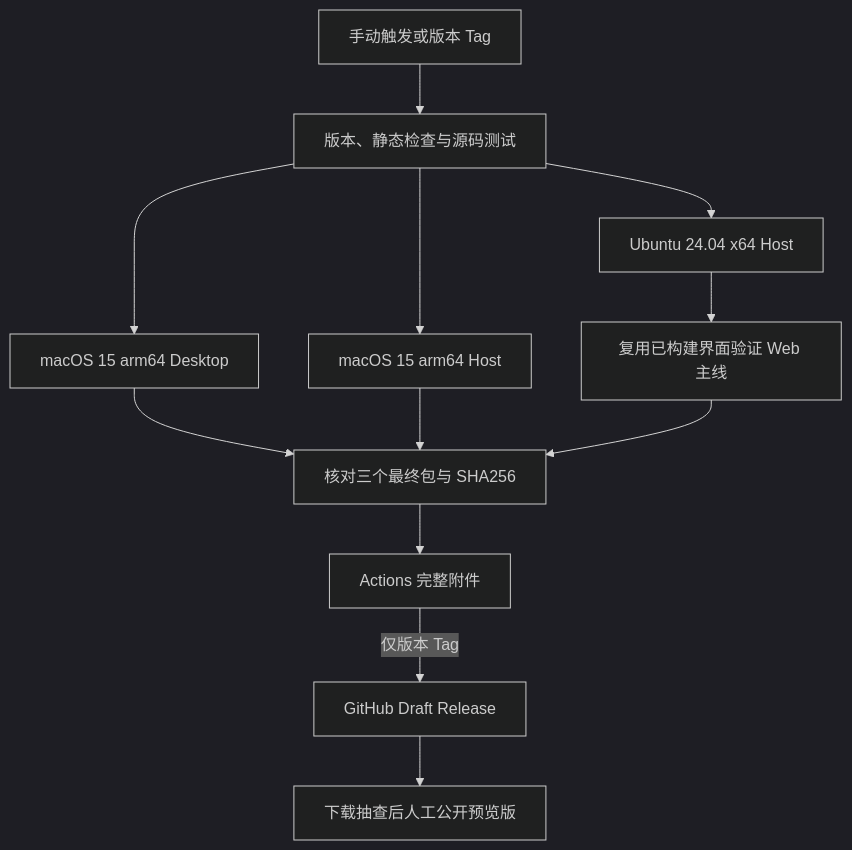
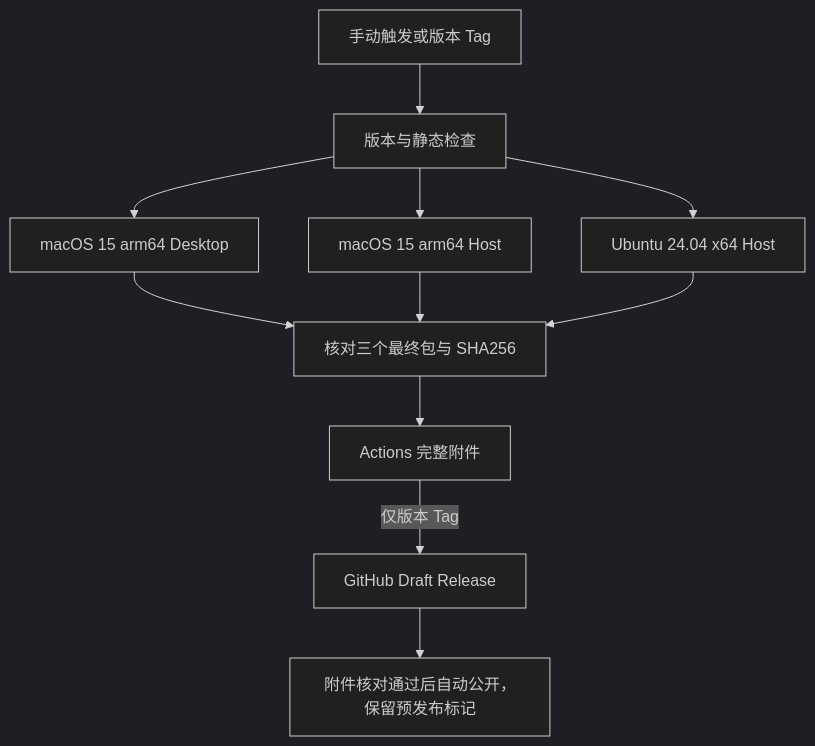
Before and after one commit to xidongdong-153/Pi-meme: the second of 2 diagrams in docs/releasing.md, drawn with Mermaid. The commit also changed other lines of this file and 8 other files, not shown here.

````diff
--- a/docs/releasing.md
+++ b/docs/releasing.md
@@ -162,15 +161,14 @@
 ```mermaid
 %%{init: {"theme": "dark"}}%%
 flowchart TD
-  Trigger["手动触发或版本 Tag"] --> Check["版本、静态检查与源码测试"]
+  Trigger["手动触发或版本 Tag"] --> Check["版本与静态检查"]
   Check --> Desktop["macOS 15 arm64 Desktop"]
   Check --> MacHost["macOS 15 arm64 Host"]
   Check --> LinuxHost["Ubuntu 24.04 x64 Host"]
   Desktop --> Assemble["核对三个最终包与 SHA256"]
   MacHost --> Assemble
-  LinuxHost --> Web["复用已构建界面验证 Web 主线"]
-  Web --> Assemble
+  LinuxHost --> Assemble
   Assemble --> Artifacts["Actions 完整附件"]
   Artifacts -->|"仅版本 Tag"| Draft["GitHub Draft Release"]
-  Draft --> Manual["下载抽查后人工公开预览版"]
+  Draft --> Public["附件核对通过后自动公开，保留预发布标记"]
 ```
````
